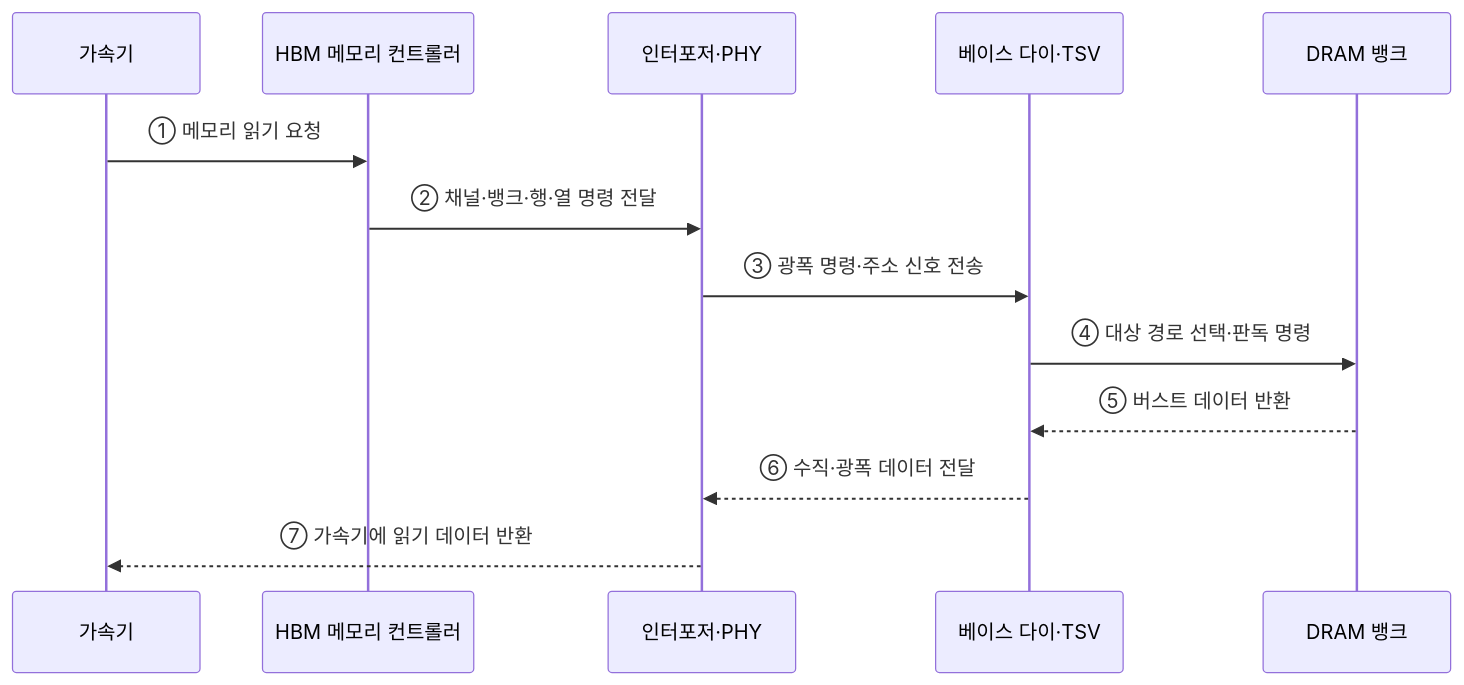
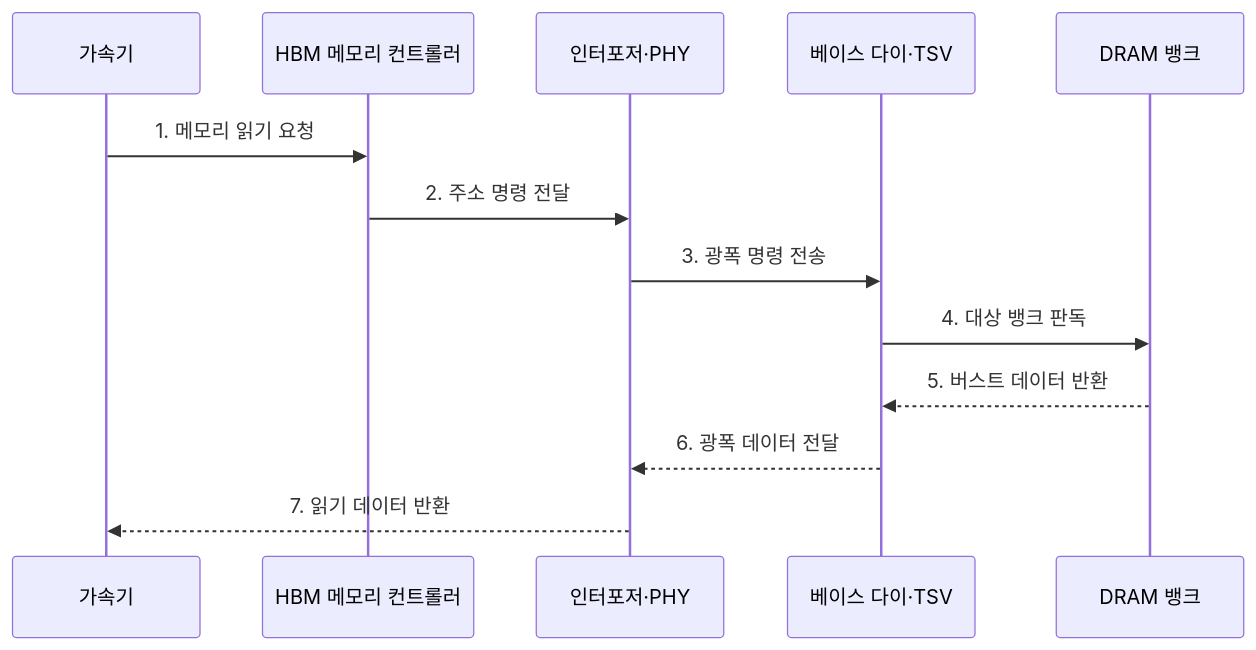
Before and after one commit to agnusdei1207/knowledge-base: the second of 2 diagrams in src/content/docs/notes/02-hardware/025_hbm.md, drawn with Mermaid. The commit also changed other lines of this file and 20 other files, not shown here.

````diff
--- a/src/content/docs/notes/02-hardware/025_hbm.md
+++ b/src/content/docs/notes/02-hardware/025_hbm.md
@@ -85,16 +94,16 @@
 ```mermaid
 sequenceDiagram
     participant A as 가속기
     participant C as HBM 메모리 컨트롤러
     participant I as 인터포저·PHY
     participant V as 베이스 다이·TSV
     participant D as DRAM 뱅크
 
-    A->>C: ① 메모리 읽기 요청
-    C->>I: ② 채널·뱅크·행·열 명령 전달
-    I->>V: ③ 광폭 명령·주소 신호 전송
-    V->>D: ④ 대상 경로 선택·판독 명령
-    D-->>V: ⑤ 버스트 데이터 반환
-    V-->>I: ⑥ 수직·광폭 데이터 전달
-    I-->>A: ⑦ 가속기에 읽기 데이터 반환
+    A->>C: 1. 메모리 읽기 요청
+    C->>I: 2. 주소 명령 전달
+    I->>V: 3. 광폭 명령 전송
+    V->>D: 4. 대상 뱅크 판독
+    D-->>V: 5. 버스트 데이터 반환
+    V-->>I: 6. 광폭 데이터 전달
+    I-->>A: 7. 읽기 데이터 반환
 ```
````
